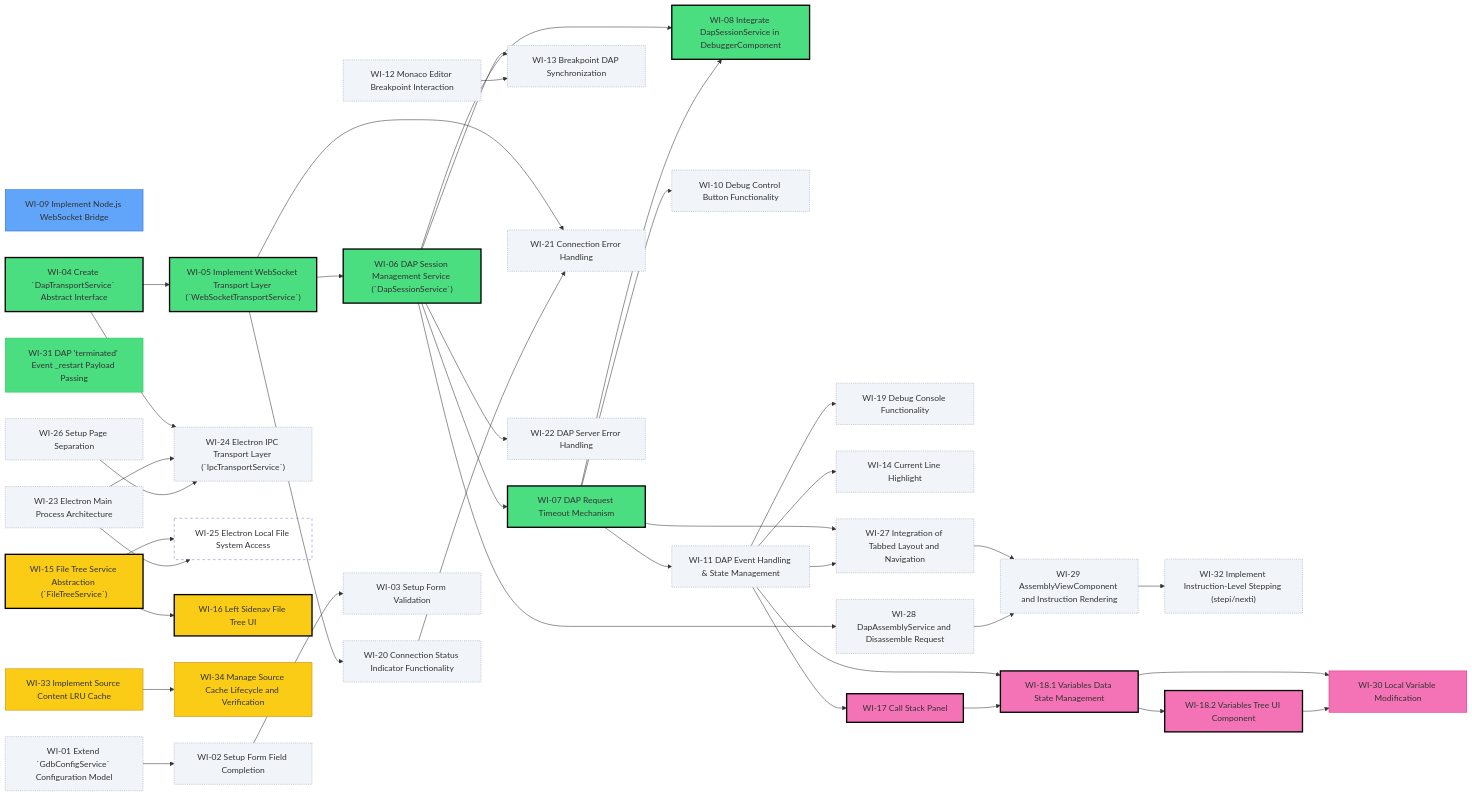
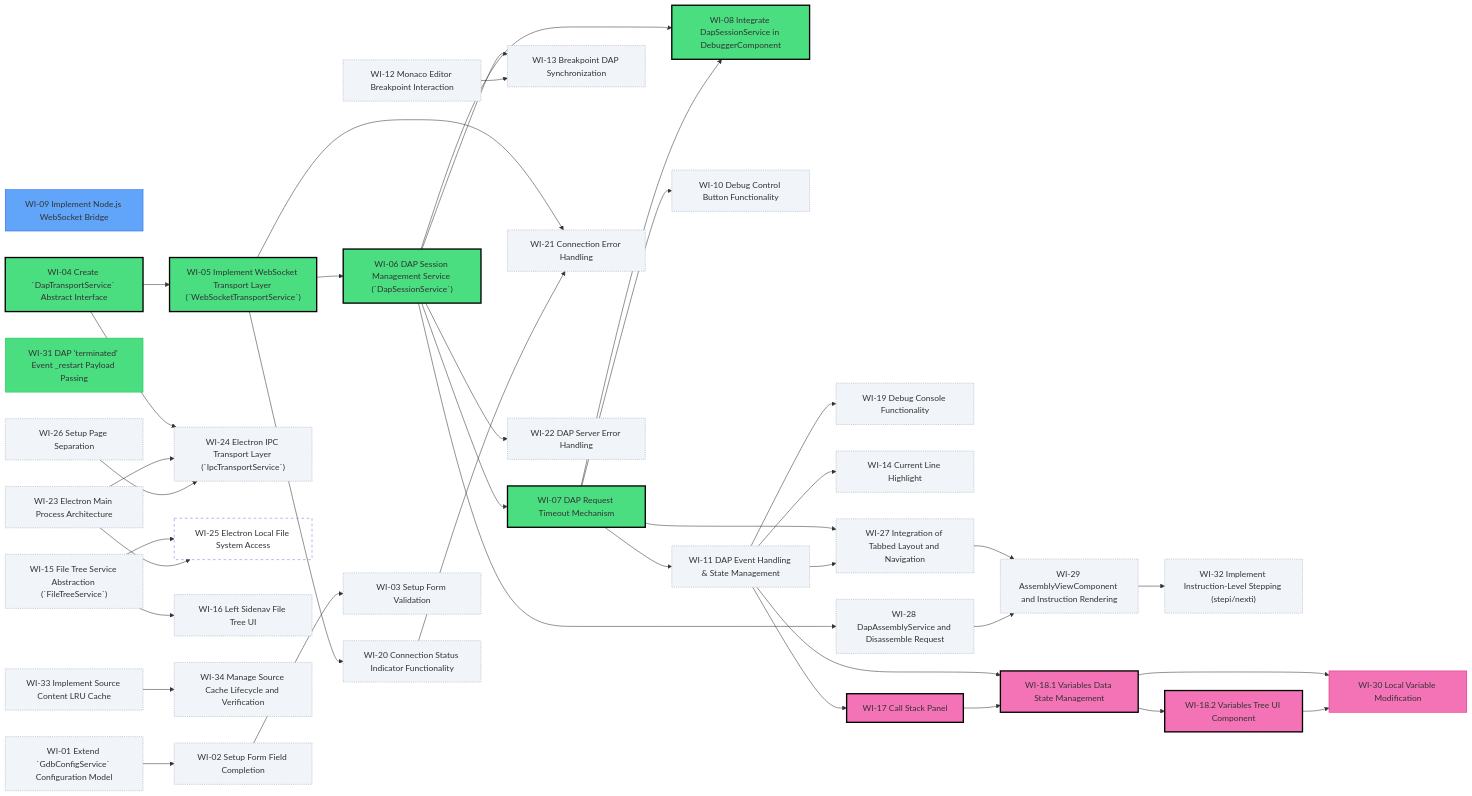
One commit to tangpo387-arch/taro-debugger changed the diagram in docs/project-roadmap.md. Above: the diagram before and after it, drawn with Mermaid. The commit also changed other lines of this file and 9 other files, not shown here.

```diff
--- a/docs/project-roadmap.md
+++ b/docs/project-roadmap.md
@@ -101,10 +101,10 @@
     style WI_25 fill:none,stroke-dasharray:5
     style WI_21 fill:#f1f5f9,stroke:#94a3b8,stroke-width:1px,stroke-dasharray:2
     style WI_22 fill:#f1f5f9,stroke:#94a3b8,stroke-width:1px,stroke-dasharray:2
-    style WI_15 fill:#facc15,stroke:#000,stroke-width:2.5px
-    style WI_16 fill:#facc15,stroke:#000,stroke-width:2.5px
-    style WI_33 fill:#facc15,stroke:#ca8a04
-    style WI_34 fill:#facc15,stroke:#ca8a04
+    style WI_15 fill:#f1f5f9,stroke:#94a3b8,stroke-width:1px,stroke-dasharray:2
+    style WI_16 fill:#f1f5f9,stroke:#94a3b8,stroke-width:1px,stroke-dasharray:2
+    style WI_33 fill:#f1f5f9,stroke:#94a3b8,stroke-width:1px,stroke-dasharray:2
+    style WI_34 fill:#f1f5f9,stroke:#94a3b8,stroke-width:1px,stroke-dasharray:2
     style WI_27 fill:#f1f5f9,stroke:#94a3b8,stroke-width:1px,stroke-dasharray:2
     style WI_28 fill:#f1f5f9,stroke:#94a3b8,stroke-width:1px,stroke-dasharray:2
     style WI_29 fill:#f1f5f9,stroke:#94a3b8,stroke-width:1px,stroke-dasharray:2
```
